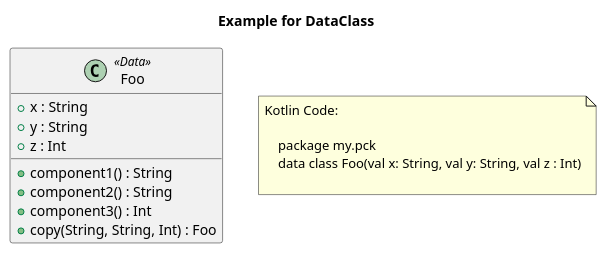
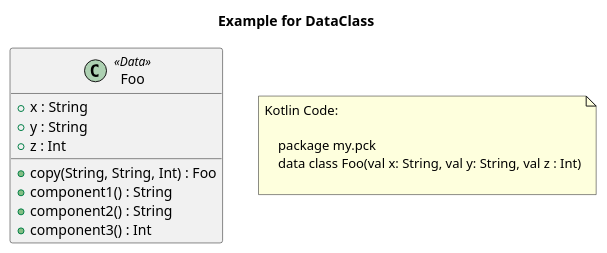
The diagram in doc/plantuml/DataClass.puml (Tosaa/ksp-plantuml), drawn with PlantUML before and after one commit. The commit also changed other lines of this file and 11 other files, not shown here.

```diff
--- a/doc/plantuml/DataClass.puml
+++ b/doc/plantuml/DataClass.puml
@@ -1,26 +1,26 @@
 @startuml
 title Example for DataClass
 'This file is generated by the GenerateExamplesForDoc test.
 
     'my.pck.Foo
     class "Foo" as my_pck_Foo <<Data>>{
         + x : String
 		+ y : String
 		+ z : Int
+		+ copy(String, String, Int) : Foo
 		+ component1() : String
 		+ component2() : String
 		+ component3() : Int
-		+ copy(String, String, Int) : Foo
     }
 
 
 
 note as note_of_code
 Kotlin Code:
 
     package my.pck
     data class Foo(val x: String, val y: String, val z : Int)
     
 end note
 
 @enduml
```
